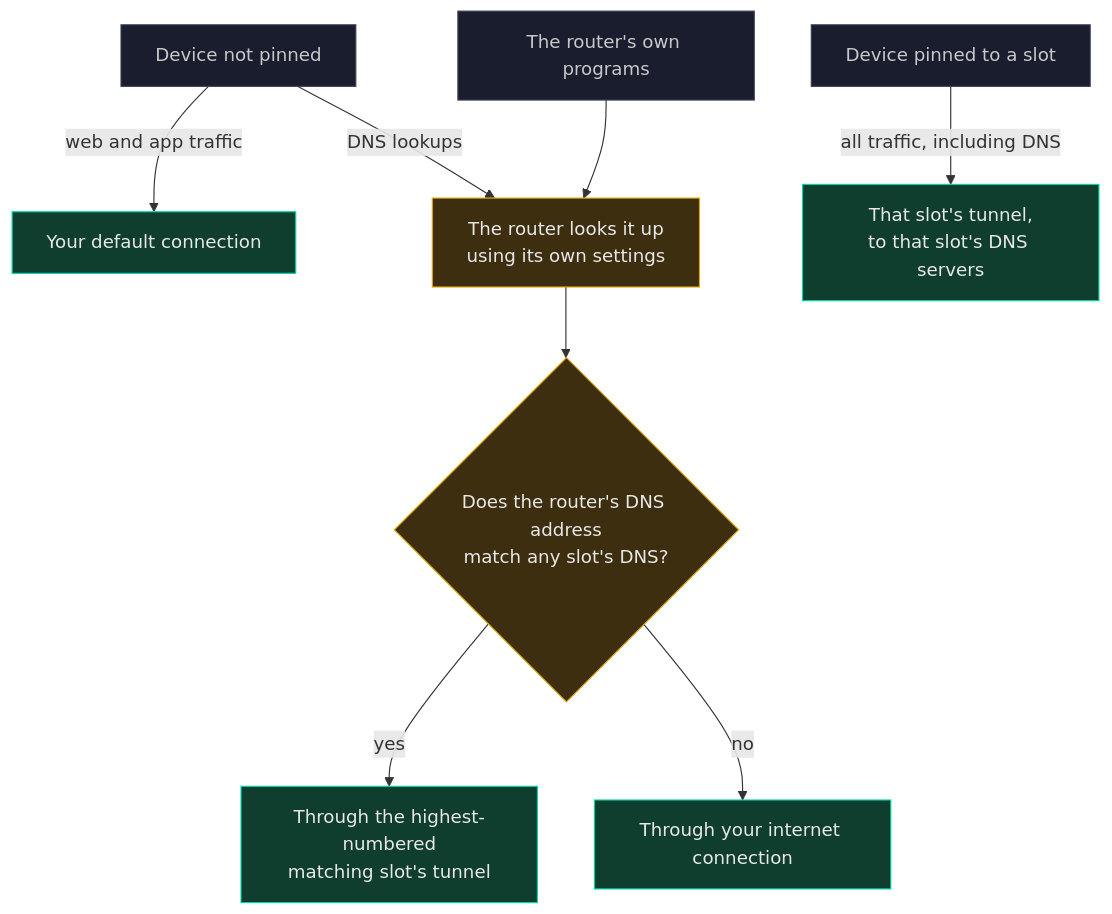
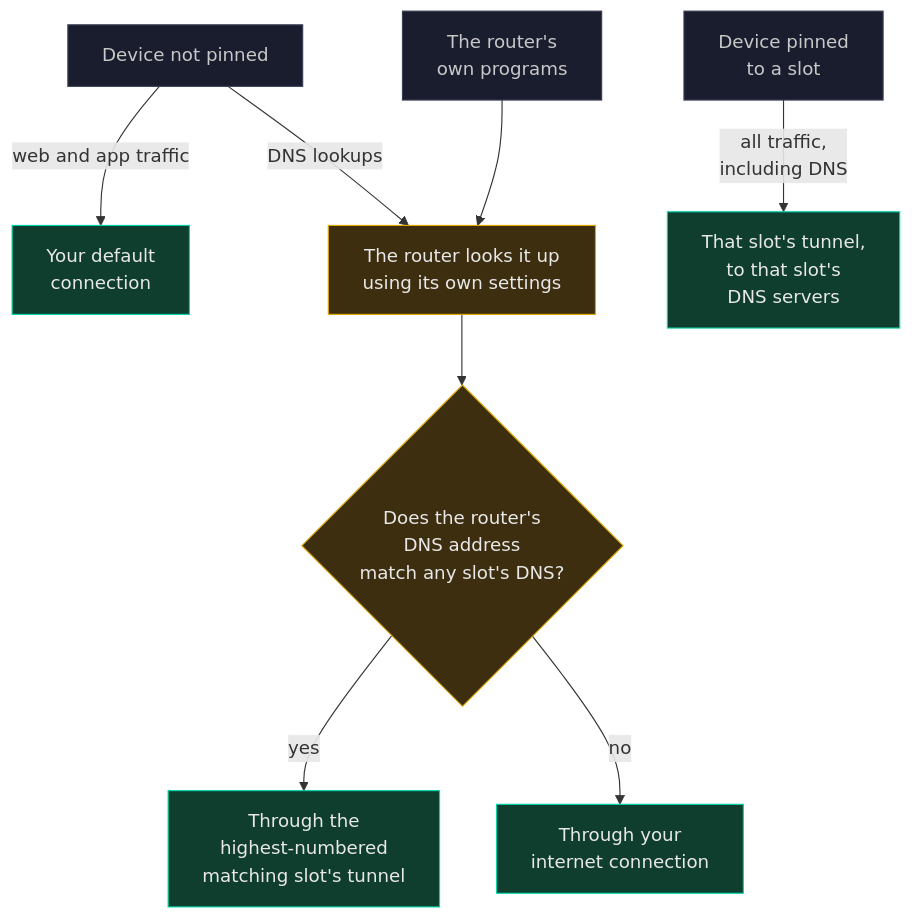
Before and after one commit to ExponentiallyDigital/cfg-pia-wg: the first of 5 diagrams in ROUTER-DNS.md, drawn with Mermaid. The commit also changed other lines of this file and 18 other files, not shown here.

Commit message:
v0.8.101 build 471 - two windows on the router's DNS, and a removed watchdog stays stopped

````diff
--- a/ROUTER-DNS.md
+++ b/ROUTER-DNS.md
@@ -32,18 +32,18 @@
 ```mermaid
 flowchart TB
-  U["Device not pinned"] -- "web and app traffic" --> DC["Your default connection"]
+  U["Device not pinned"] -- "web and app traffic" --> DC["Your default<br/>connection"]
   U -- "DNS lookups" --> R["The router looks it up<br/>using its own settings"]
-  RP["The router's own programs"] --> R
-  R --> Q{"Does the router's DNS address<br/>match any slot's DNS?"}
-  Q -- "yes" --> HS["Through the highest-numbered<br/>matching slot's tunnel"]
-  Q -- "no" --> NET["Through your internet connection"]
-  P["Device pinned to a slot"] -- "all traffic, including DNS" --> PS["That slot's tunnel,<br/>to that slot's DNS servers"]
+  RP["The router's<br/>own programs"] --> R
+  R --> Q{"Does the router's<br/>DNS address<br/>match any slot's DNS?"}
+  Q -- "yes" --> HS["Through the<br/>highest-numbered<br/>matching slot's tunnel"]
+  Q -- "no" --> NET["Through your<br/>internet connection"]
+  P["Device pinned<br/>to a slot"] -- "all traffic,<br/>including DNS" --> PS["That slot's tunnel,<br/>to that slot's<br/>DNS servers"]
 
   classDef go fill:#0F3D2E,stroke:#00D4AA,color:#E8E8E8
   classDef bad fill:#3D1A1A,stroke:#E05252,color:#E8E8E8
   classDef work fill:#3D2E0F,stroke:#E0A800,color:#E8E8E8
   classDef step fill:#1A1D2E,stroke:#3A3F55,color:#C8C8C8
   class U,P,RP step
   class R,Q work
   class DC,HS,NET,PS go
 ```
````
